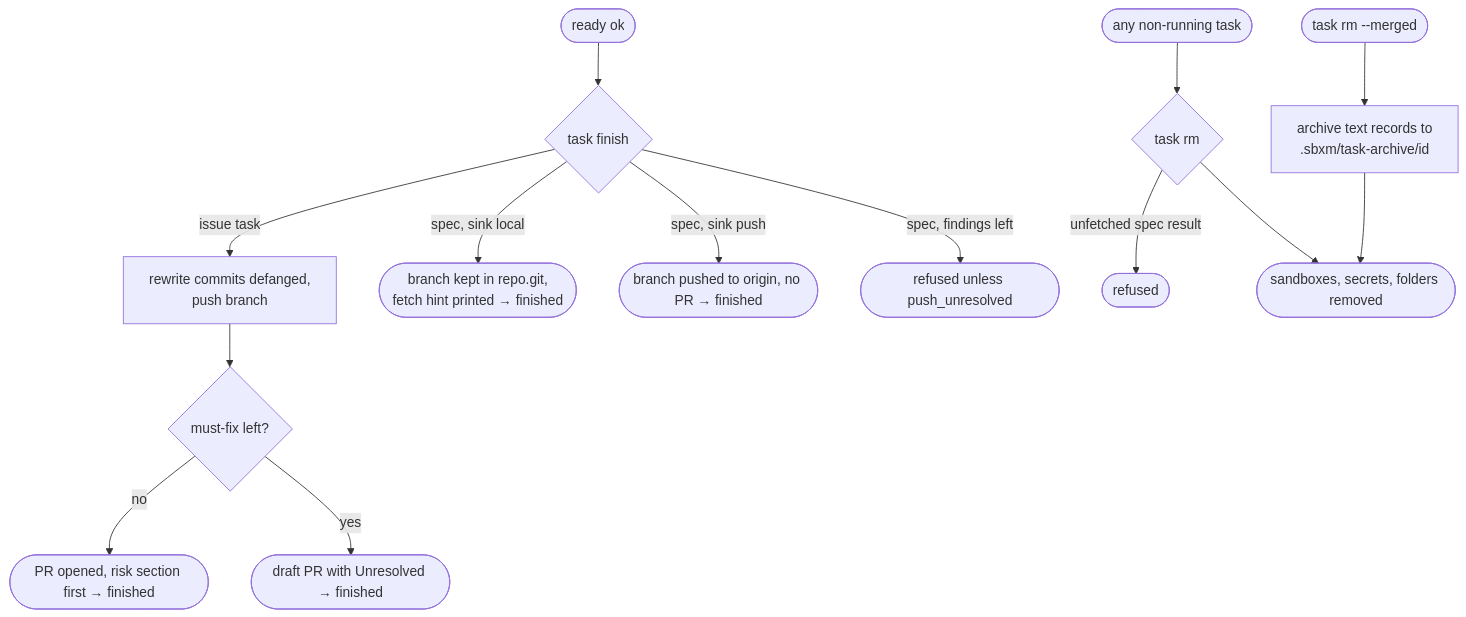
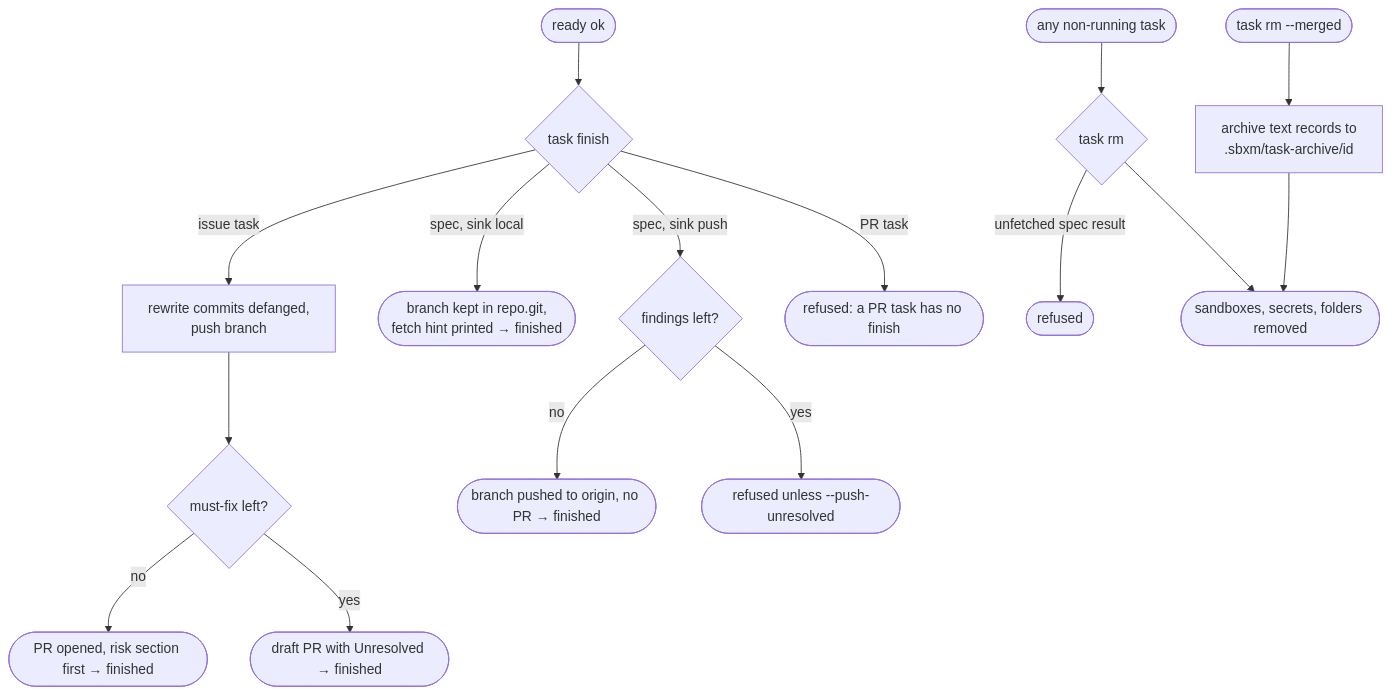
One commit to tutros/sbxm changed the sixth of 8 diagrams in docs/state-diagrams.md. Above: the diagram before and after it, drawn with Mermaid. The commit also changed other lines of this file, not shown here.

First line of the commit message:
Fix the three should-fix findings of PR 380's review

````diff
--- a/docs/state-diagrams.md
+++ b/docs/state-diagrams.md
@@ -146,14 +148,16 @@
 ```mermaid
 flowchart TD
   R([ready ok]) --> FN{task finish}
   FN -- issue task --> PUSH[rewrite commits defanged,<br/>push branch] --> PRQ{must-fix left?}
   PRQ -- no --> PROPEN([PR opened, risk section first → finished])
   PRQ -- yes --> PRDRAFT([draft PR with Unresolved → finished])
   FN -- spec, sink local --> LOC([branch kept in repo.git,<br/>fetch hint printed → finished])
-  FN -- spec, sink push --> SP([branch pushed to origin, no PR → finished])
-  FN -- spec, findings left --> SREF([refused unless push_unresolved])
+  FN -- spec, sink push --> SPQ{findings left?}
+  SPQ -- no --> SP([branch pushed to origin, no PR → finished])
+  SPQ -- yes --> SREF([refused unless --push-unresolved])
+  FN -- PR task --> PRREF([refused: a PR task has no finish])
   ANY([any non-running task]) --> RM{task rm}
   RM -- unfetched spec result --> RMREF([refused])
   RM --> GONE([sandboxes, secrets, folders removed])
   MERGED([task rm --merged]) --> ARCH[archive text records to<br/>.sbxm/task-archive/id] --> GONE
 ```
````
